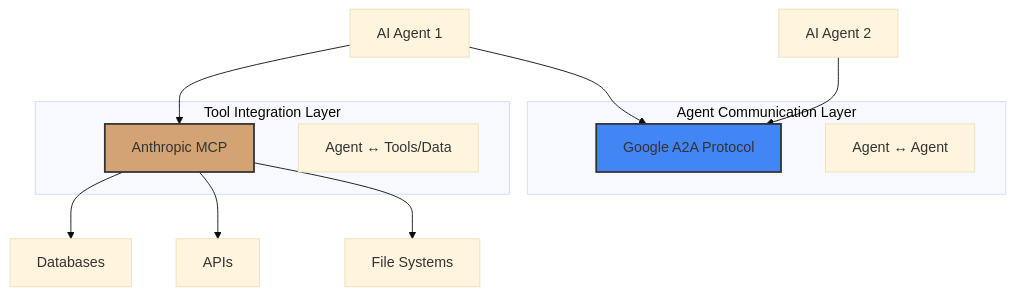
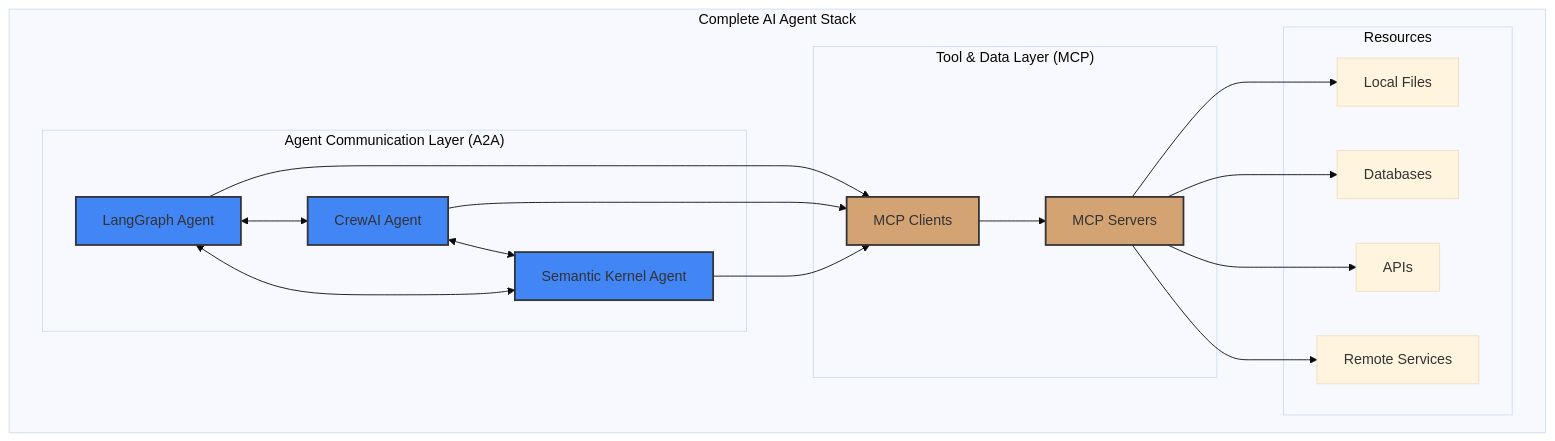
One commit to nikspatel007/workshop-agents changed diagram 23 of 28 in reading_materials/MCP_MODEL_CONTEXT_PROTOCOL.md. Above: the diagram before and after it, drawn with Mermaid (base theme). The commit also changed other lines of this file and 1 other file, not shown here.

First line of the commit message:
Update MCP and A2A documentation with official website information

````diff
--- a/reading_materials/MCP_MODEL_CONTEXT_PROTOCOL.md
+++ b/reading_materials/MCP_MODEL_CONTEXT_PROTOCOL.md
@@ -619,23 +641,42 @@
 ```mermaid
 graph TD
-    subgraph "Agent Communication Layer"
-        A[Google A2A Protocol]
-        B[Agent ↔ Agent]
+    subgraph "Complete AI Agent Stack"
+        subgraph "Agent Communication Layer (A2A)"
+            A[LangGraph Agent]
+            B[CrewAI Agent]
+            C[Semantic Kernel Agent]
+        end
+        
+        subgraph "Tool & Data Layer (MCP)"
+            D[MCP Clients]
+            E[MCP Servers]
+        end
+        
+        subgraph "Resources"
+            F[Local Files]
+            G[Databases]
+            H[APIs]
+            I[Remote Services]
+        end
     end
     
-    subgraph "Tool Integration Layer"
-        C[Anthropic MCP]
-        D[Agent ↔ Tools/Data]
-    end
+    A <--> B
+    B <--> C
+    A <--> C
     
-    E[AI Agent 1] --> A
-    F[AI Agent 2] --> A
+    A --> D
+    B --> D
+    C --> D
     
-    E --> C
-    C --> G[Databases]
-    C --> H[APIs]
-    C --> I[File Systems]
+    D --> E
+    E --> F
+    E --> G
+    E --> H
+    E --> I
     
     style A fill:#4285f4,stroke:#333,stroke-width:2px
-    style C fill:#d4a373,stroke:#333,stroke-width:2px
+    style B fill:#4285f4,stroke:#333,stroke-width:2px
+    style C fill:#4285f4,stroke:#333,stroke-width:2px
+    style D fill:#d4a373,stroke:#333,stroke-width:2px
+    style E fill:#d4a373,stroke:#333,stroke-width:2px
 ```
````
